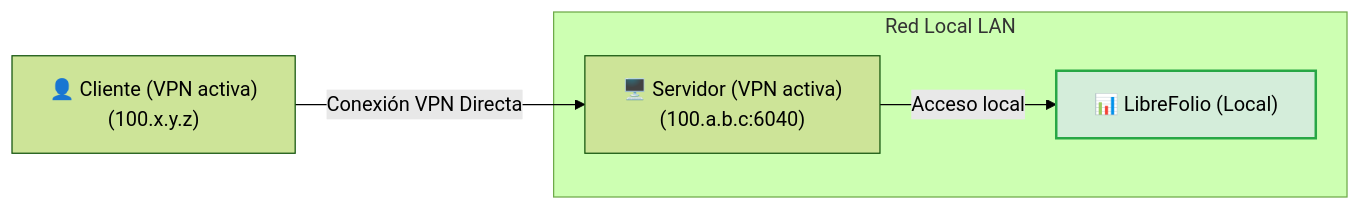
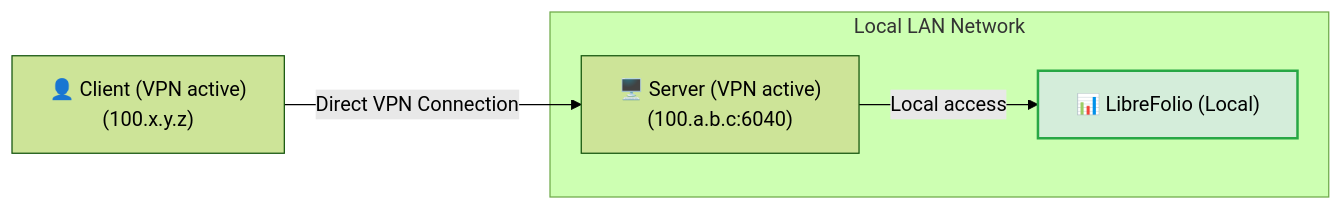
The second of 5 diagrams in mkdocs_src/docs/admin/service_exposure.es.md (Librefolio/LibreFolio), drawn with Mermaid (forest theme) before and after one commit. The commit also changed other lines of this file and 430 other files, not shown here.

````diff
--- a/mkdocs_src/docs/admin/service_exposure.es.md
+++ b/mkdocs_src/docs/admin/service_exposure.es.md
@@ -91,8 +96,8 @@
 ```mermaid
 graph LR
- Client["👤 Cliente (VPN activa)<br>(100.x.y.z)"] -->|Conexión VPN Directa| Server["🖥️ Servidor (VPN activa)<br>(100.a.b.c:6040)"]
- subgraph LAN ["Red Local LAN"]
- Server -->|Acceso local| LibreFolio["📊 LibreFolio (Local)"]
- end
- style LibreFolio fill:#d4edda,stroke:#28a745,stroke-width:2px;
+    Client["👤 Client (VPN active)<br>(100.x.y.z)"] -->|Direct VPN Connection| Server["🖥️ Server (VPN active)<br>(100.a.b.c:6040)"]
+    subgraph LAN ["Local LAN Network"]
+        Server -->|Local access| LibreFolio["📊 LibreFolio (Local)"]
+    end
+    style LibreFolio fill:#d4edda,stroke:#28a745,stroke-width:2px;
 ```
````
